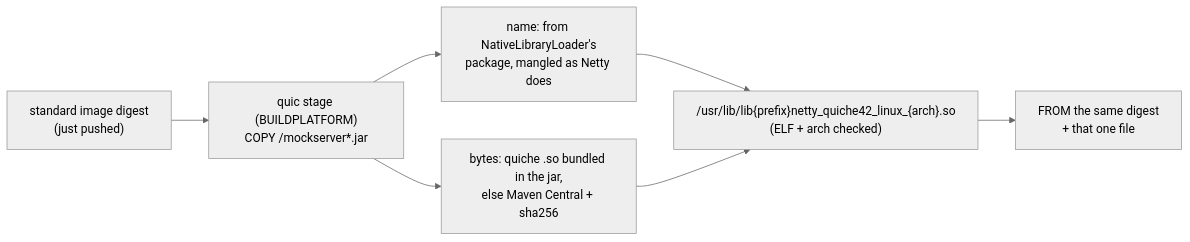
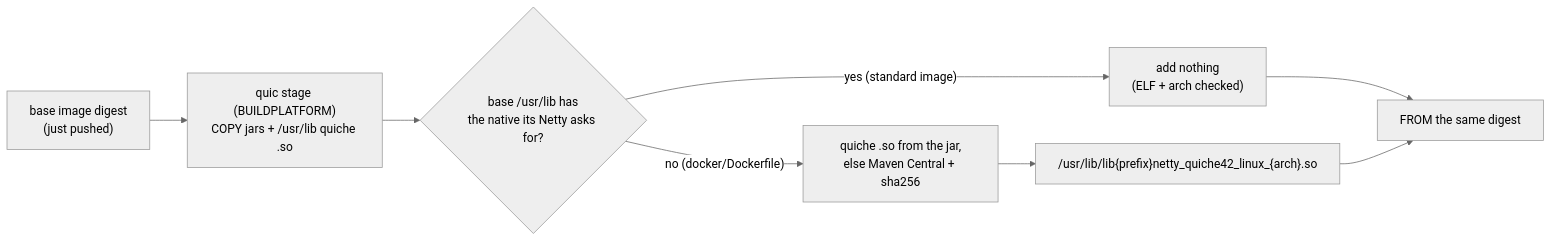
One commit to mock-server/mockserver-monorepo changed the second of 6 diagrams in docs/infrastructure/docker.md. Above: the diagram before and after it, drawn with Mermaid (neutral theme). The commit also changed other lines of this file and 28 other files, not shown here.

First line of the commit message:
fix(docker): the standard image serves HTTP/3

````diff
--- a/docs/infrastructure/docker.md
+++ b/docs/infrastructure/docker.md
@@ -103,15 +104,15 @@
 ```mermaid
 flowchart LR
-    BASE["standard image digest
+    BASE["base image digest
 (just pushed)"] --> COPY["quic stage (BUILDPLATFORM)
-COPY /mockserver*.jar"]
-    COPY --> NAME["name: from NativeLibraryLoader's
-package, mangled as Netty does"]
-    COPY --> SRC["bytes: quiche .so bundled in the jar,
+COPY jars + /usr/lib quiche .so"]
+    COPY --> HAS{"base /usr/lib has
+the native its Netty asks for?"}
+    HAS -- "yes (standard image)" --> NOOP["add nothing
+(ELF + arch checked)"]
+    HAS -- "no (docker/Dockerfile)" --> SRC["quiche .so from the jar,
 else Maven Central + sha256"]
-    NAME --> OUT["/usr/lib/lib{prefix}netty_quiche42_linux_{arch}.so
-(ELF + arch checked)"]
-    SRC --> OUT
-    OUT --> FINAL["FROM the same digest
-+ that one file"]
+    SRC --> OUT["/usr/lib/lib{prefix}netty_quiche42_linux_{arch}.so"]
+    NOOP --> FINAL["FROM the same digest"]
+    OUT --> FINAL
 ```
````
